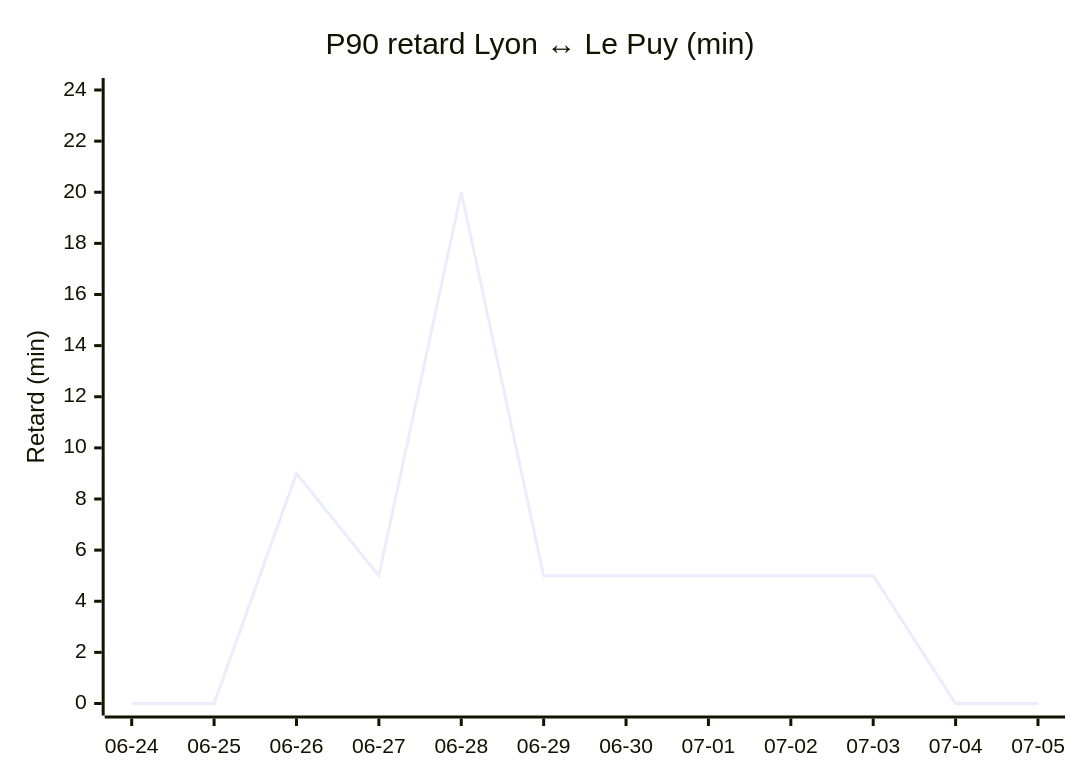
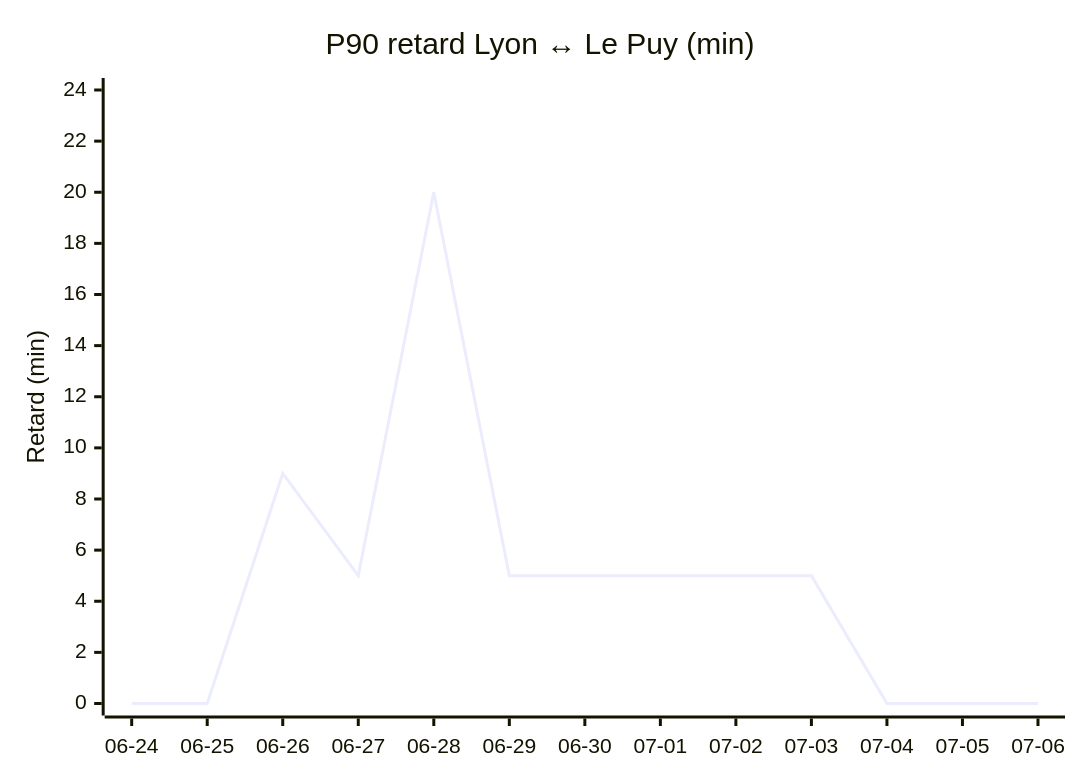
One commit to antoinerep/horaire-ter changed the third of 4 diagrams in STATS.md. Above: the diagram before and after it, drawn with Mermaid. The commit also changed other lines of this file and 1 other file, not shown here.

````diff
--- a/STATS.md
+++ b/STATS.md
@@ -84,7 +85,7 @@
 ```mermaid
 xychart-beta
     title "P90 retard Lyon ↔ Le Puy (min)"
-    x-axis ["06-24", "06-25", "06-26", "06-27", "06-28", "06-29", "06-30", "07-01", "07-02", "07-03", "07-04", "07-05"]
+    x-axis ["06-24", "06-25", "06-26", "06-27", "06-28", "06-29", "06-30", "07-01", "07-02", "07-03", "07-04", "07-05", "07-06"]
     y-axis "Retard (min)" 0 --> 24
-    line [0.0, 0.0, 9.0, 5.0, 20.0, 5.0, 5.0, 5.0, 5.0, 5.0, 0.0, 0.0]
+    line [0.0, 0.0, 9.0, 5.0, 20.0, 5.0, 5.0, 5.0, 5.0, 5.0, 0.0, 0.0, 0.0]
 ```
````
